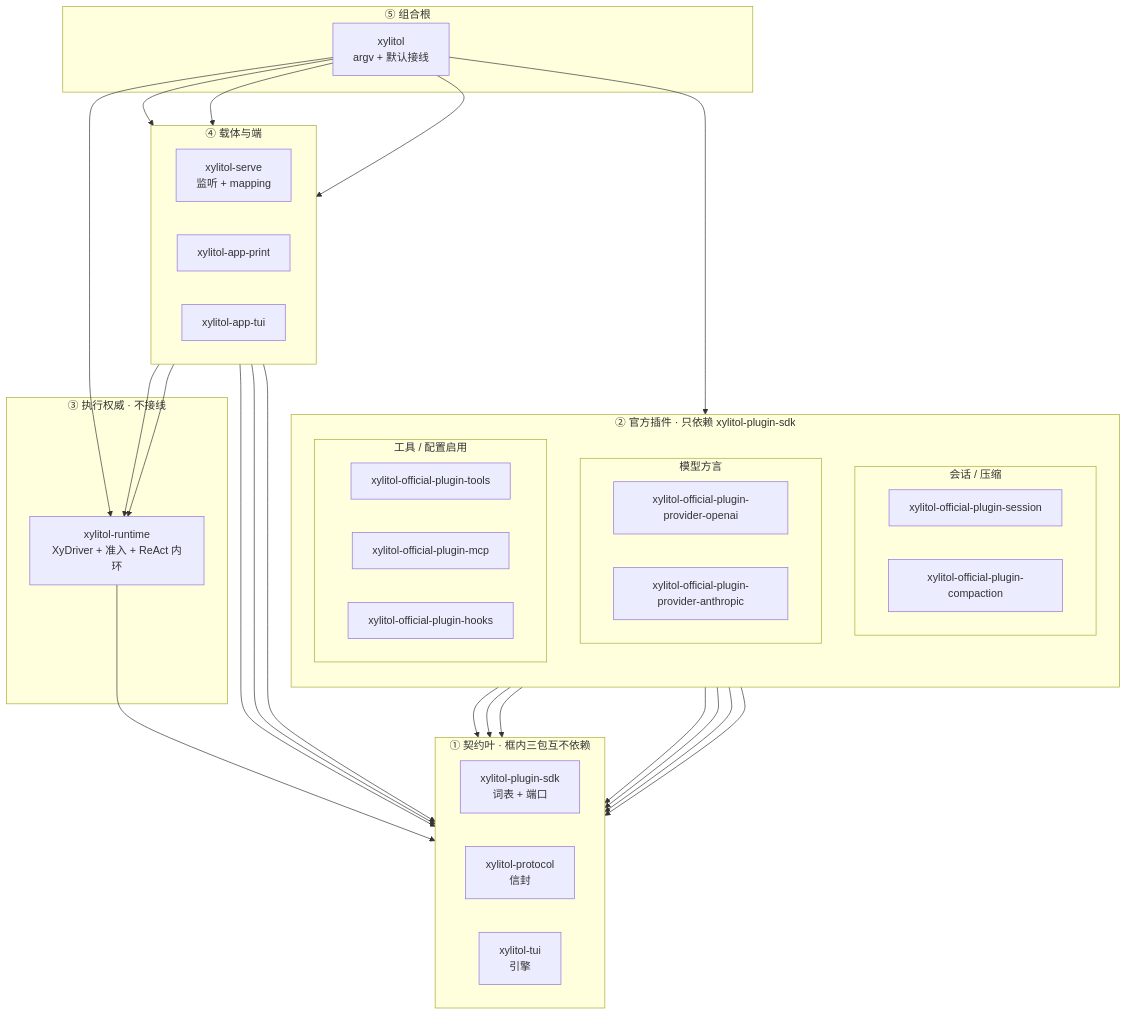
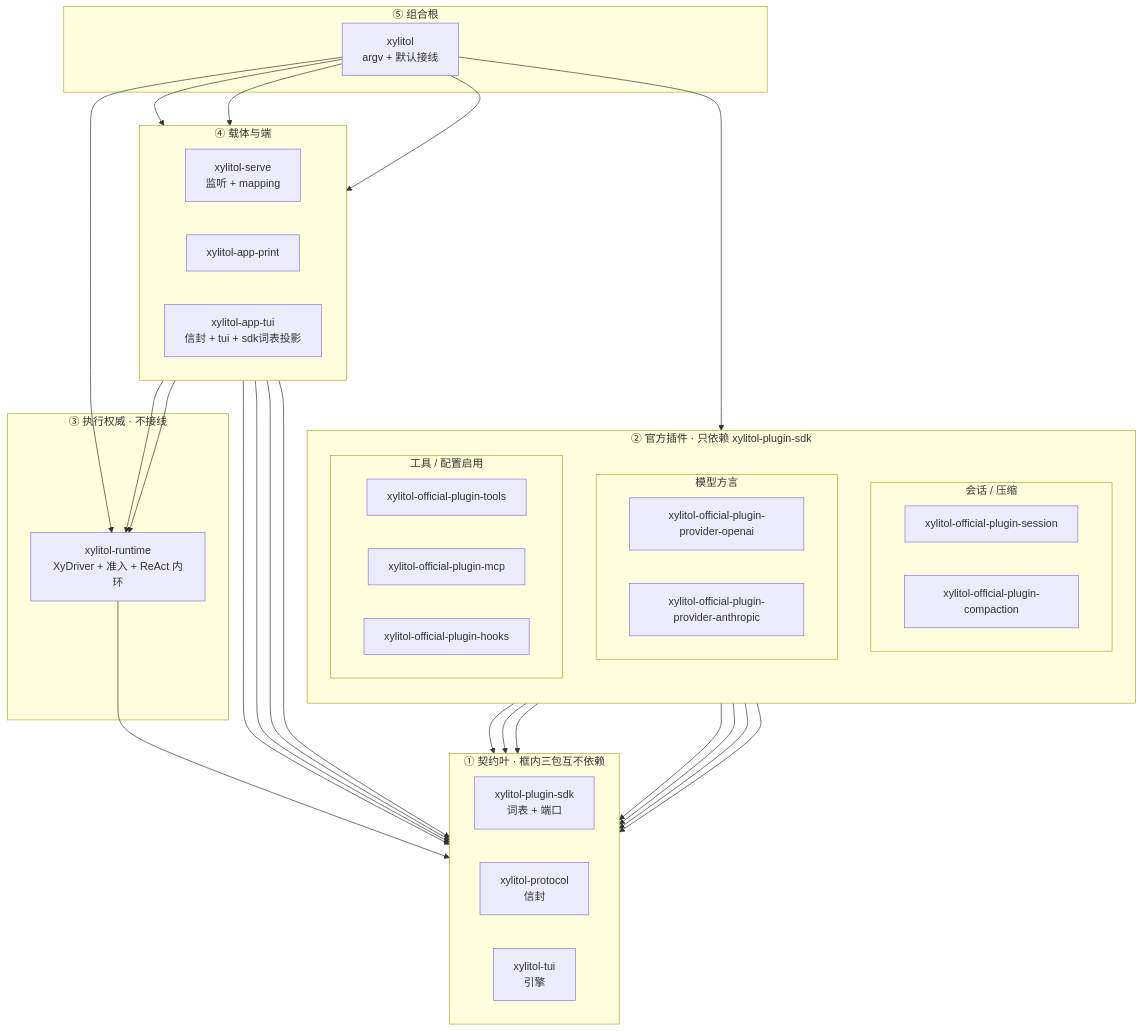
One commit to StrayDragon/xylitol changed the diagram in src/AGENTS.md. Above: the diagram before and after it, drawn with Mermaid. The commit also changed other lines of this file and 248 other files, not shown here.

First line of the commit message:
refactor: move product TUI and Print into xylitol-app-* crates

````diff
--- a/src/AGENTS.md
+++ b/src/AGENTS.md
@@ -20,63 +20,64 @@
 ```mermaid
 flowchart TB
   subgraph contracts["① 契约叶 · 框内三包互不依赖"]
     direction LR
     xylitol_plugin_sdk["xylitol-plugin-sdk<br/>词表 + 端口"]
     xylitol_protocol["xylitol-protocol<br/>信封"]
     xylitol_tui["xylitol-tui<br/>引擎"]
   end
 
   subgraph plugins["② 官方插件 · 只依赖 xylitol-plugin-sdk"]
     direction TB
     subgraph plugins_loop["会话 / 压缩"]
       direction LR
       xylitol_official_plugin_session["xylitol-official-plugin-session"]
       xylitol_official_plugin_compaction["xylitol-official-plugin-compaction"]
     end
     subgraph plugins_model["模型方言"]
       direction LR
       xylitol_official_plugin_provider_openai["xylitol-official-plugin-provider-openai"]
       xylitol_official_plugin_provider_anthropic["xylitol-official-plugin-provider-anthropic"]
     end
     subgraph plugins_ext["工具 / 配置启用"]
       direction LR
       xylitol_official_plugin_tools["xylitol-official-plugin-tools"]
       xylitol_official_plugin_mcp["xylitol-official-plugin-mcp"]
       xylitol_official_plugin_hooks["xylitol-official-plugin-hooks"]
     end
   end
 
   subgraph kernel["③ 执行权威 · 不接线"]
     xylitol_runtime["xylitol-runtime<br/>XyDriver + 准入 + ReAct 内环"]
   end
 
   subgraph surfaces["④ 载体与端"]
     direction LR
     xylitol_serve["xylitol-serve<br/>监听 + mapping"]
     xylitol_app_print["xylitol-app-print"]
-    xylitol_app_tui["xylitol-app-tui"]
+    xylitol_app_tui["xylitol-app-tui<br/>信封 + tui + sdk词表投影"]
   end
 
   subgraph root["⑤ 组合根"]
     xylitol["xylitol<br/>argv + 默认接线"]
   end
 
   xylitol_official_plugin_session --> xylitol_plugin_sdk
   xylitol_official_plugin_compaction --> xylitol_plugin_sdk
   xylitol_official_plugin_provider_openai --> xylitol_plugin_sdk
   xylitol_official_plugin_provider_anthropic --> xylitol_plugin_sdk
   xylitol_official_plugin_tools --> xylitol_plugin_sdk
   xylitol_official_plugin_mcp --> xylitol_plugin_sdk
   xylitol_official_plugin_hooks --> xylitol_plugin_sdk
   xylitol_runtime --> xylitol_plugin_sdk
   xylitol_serve --> xylitol_runtime
   xylitol_serve --> xylitol_protocol
   xylitol_app_print --> xylitol_runtime
   xylitol_app_tui --> xylitol_protocol
   xylitol_app_tui --> xylitol_tui
+  xylitol_app_tui --> xylitol_plugin_sdk
   xylitol --> plugins
   xylitol --> xylitol_runtime
   xylitol --> xylitol_serve
   xylitol --> xylitol_app_print
   xylitol --> xylitol_app_tui
 ```
````
